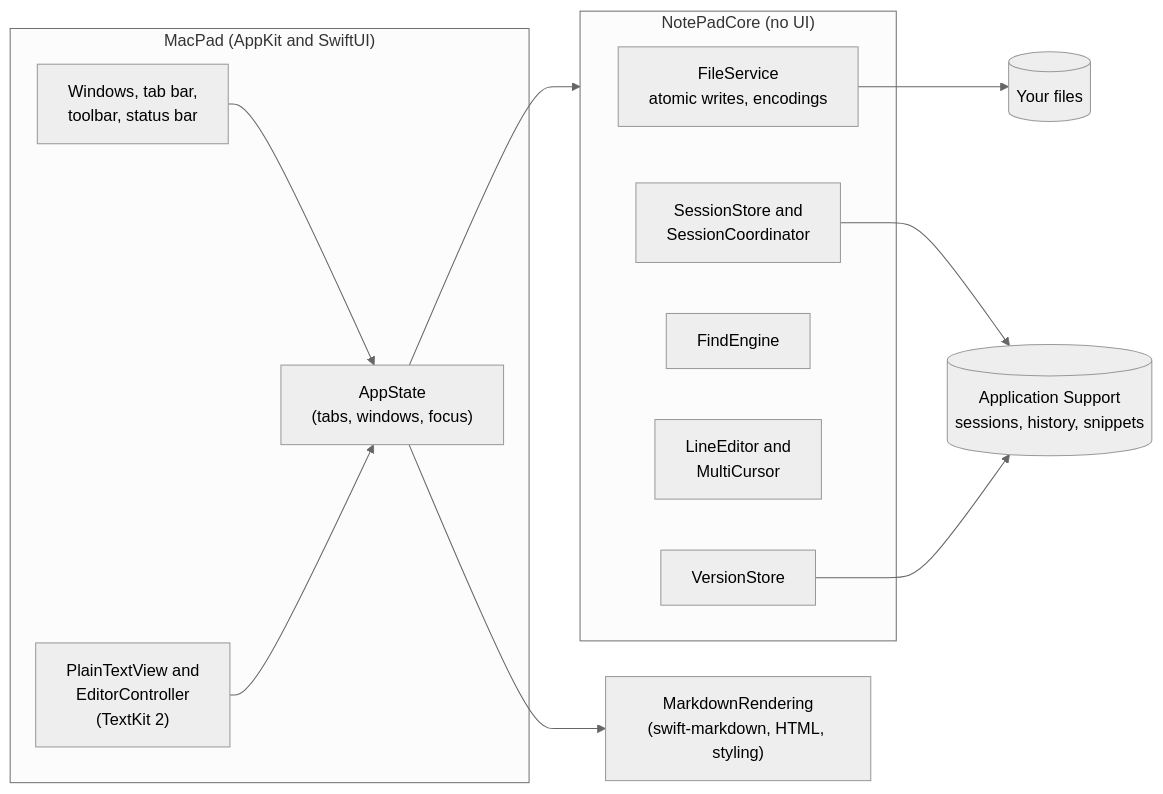
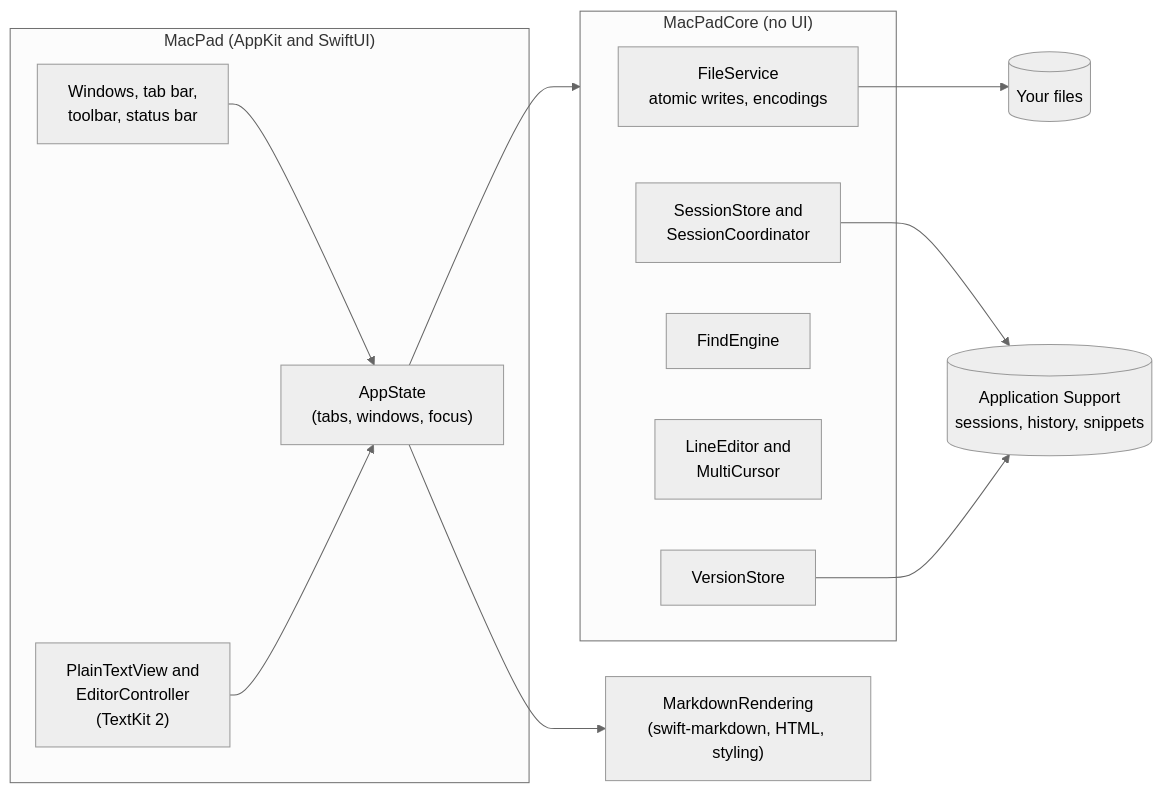
The first of 3 diagrams in README.md (jadhavgaurav/MacPad), drawn with Mermaid (neutral theme) before and after one commit. The commit also changed other lines of this file and 117 other files, not shown here.

Commit message:
refactor: rename the project to MacPad (modules, folders, repo and docs); data folders and bundle ID are unchanged

````diff
--- a/README.md
+++ b/README.md
@@ -156,26 +156,26 @@
 ```mermaid
 flowchart LR
     subgraph App["MacPad (AppKit and SwiftUI)"]
         UI["Windows, tab bar,<br/>toolbar, status bar"]
         Editor["PlainTextView and<br/>EditorController<br/>(TextKit 2)"]
         State["AppState<br/>(tabs, windows, focus)"]
     end
-    subgraph Core["NotePadCore (no UI)"]
+    subgraph Core["MacPadCore (no UI)"]
         Files["FileService<br/>atomic writes, encodings"]
         Session["SessionStore and<br/>SessionCoordinator"]
         Find["FindEngine"]
         Lines["LineEditor and<br/>MultiCursor"]
         History["VersionStore"]
     end
     Markdown["MarkdownRendering<br/>(swift-markdown, HTML, styling)"]
     Disk[("Application Support<br/>sessions, history, snippets")]
     Files_on_disk[("Your files")]
 
     UI --> State
     Editor --> State
     State --> Core
     State --> Markdown
     Session --> Disk
     History --> Disk
     Files --> Files_on_disk
 ```
````
